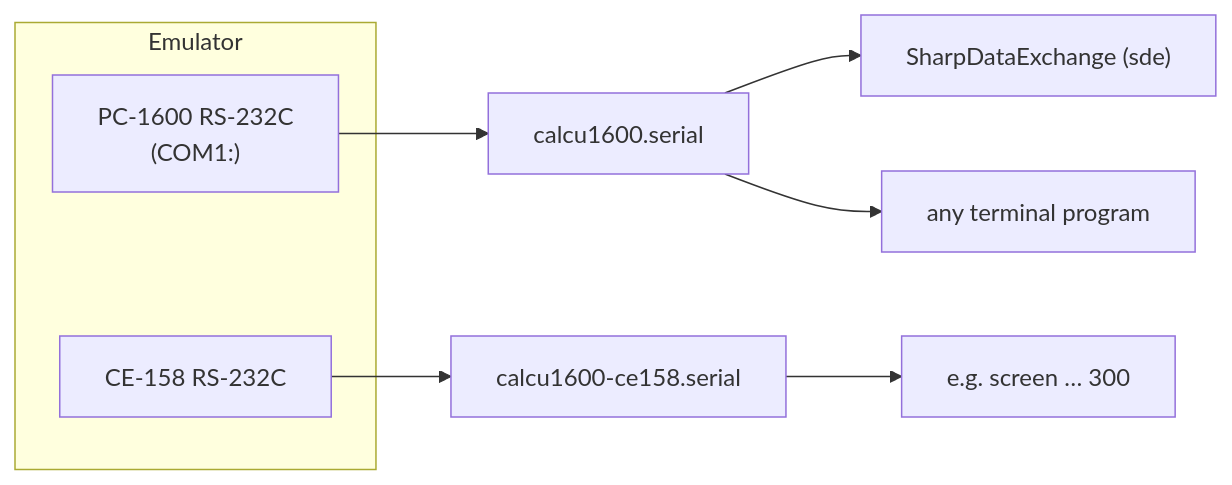
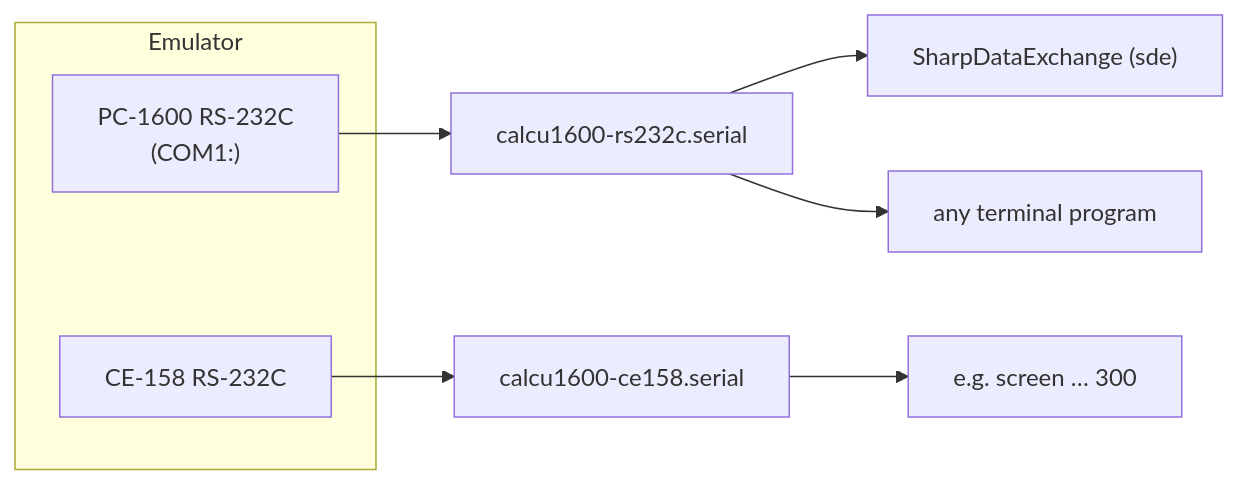
Before and after one commit to tinue/Calc-U-1600: the sixth of 8 diagrams in docs/User-Guide.md, drawn with Mermaid. The commit also changed other lines of this file and 212 other files, not shown here.

````diff
--- a/docs/User-Guide.md
+++ b/docs/User-Guide.md
@@ -440,12 +452,12 @@
 ```mermaid
 flowchart LR
     subgraph Emulator
       U16["PC-1600 RS-232C<br/>(COM1:)"]
       U158["CE-158 RS-232C"]
     end
-    U16 --> L1["calcu1600.serial"]
+    U16 --> L1["calcu1600-rs232c.serial"]
     U158 --> L2["calcu1600-ce158.serial"]
     L1 --> SDE["SharpDataExchange (sde)"]
     L1 --> T["any terminal program"]
     L2 --> SCR["e.g. screen … 300"]
 ```
````
